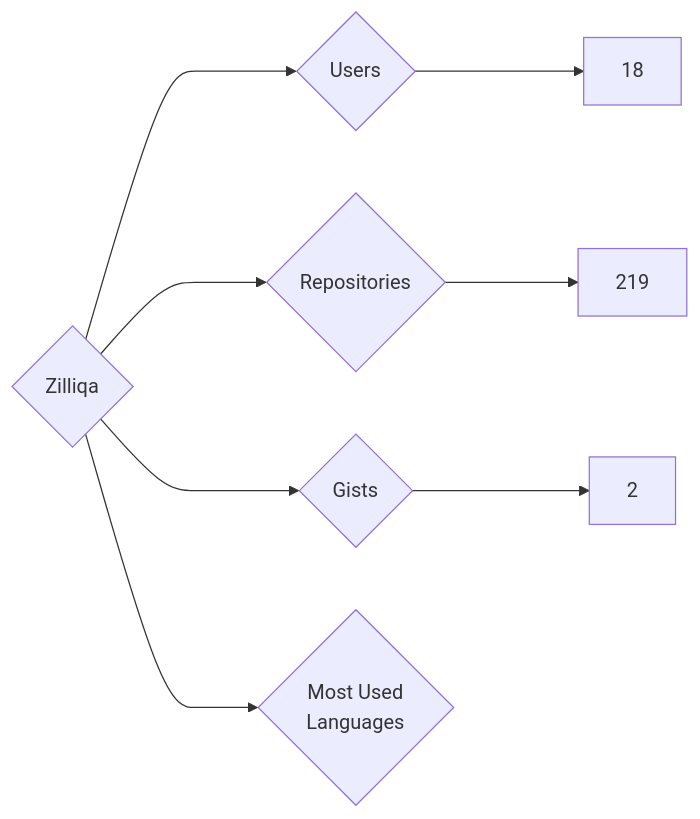
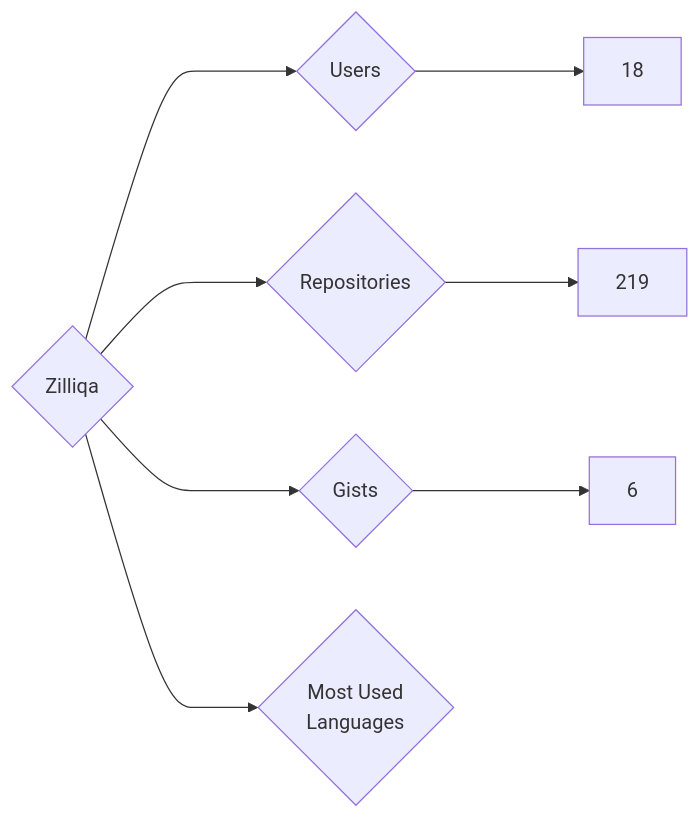
Before and after one commit to nenadzaric/insiders: the diagram in targets/Zilliqa/README.md, drawn with Mermaid. The commit also changed 1342 other files, not shown here.

````diff
--- a/targets/Zilliqa/README.md
+++ b/targets/Zilliqa/README.md
@@ -3,8 +3,8 @@
 ```mermaid
 graph LR
 COMPANY_NAME{Zilliqa}
 COMPANY_NAME ---> U{Users} ---> UN[18]
 COMPANY_NAME ---> R{Repositories} ---> RN[219]
-COMPANY_NAME ---> G{Gists} ---> GN[2]
+COMPANY_NAME ---> G{Gists} ---> GN[6]
 COMPANY_NAME ---> ML{Most Used<br>Languages}
 ```
````
